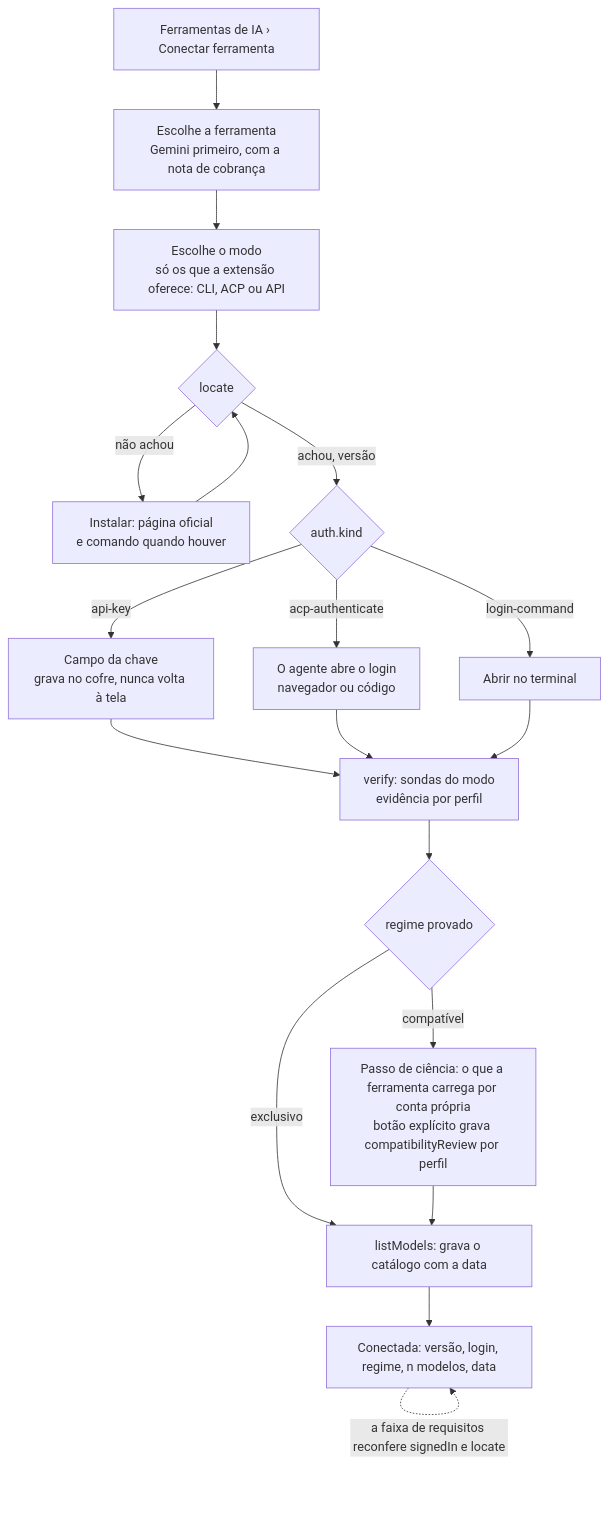
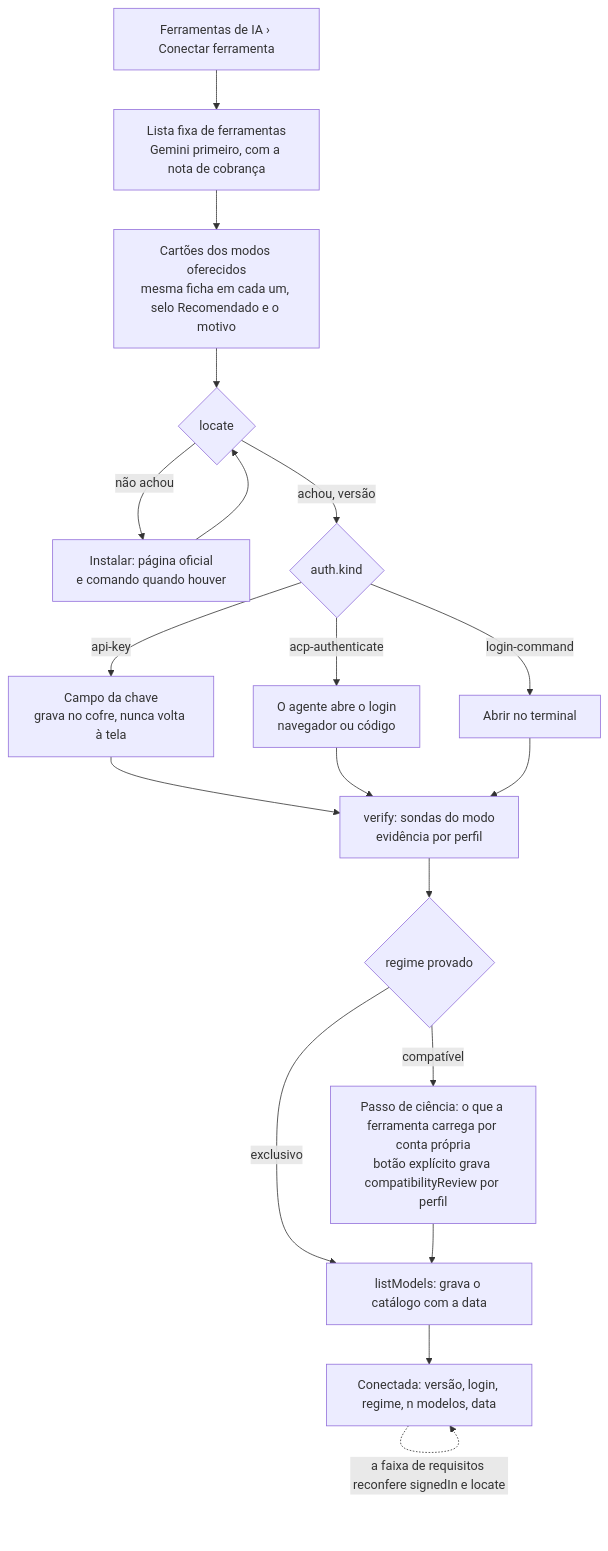
Before and after one commit to euclidesgc/faz-ai: the first of 6 diagrams in docs/decisoes/ferramenta-por-modo-gemini.md, drawn with Mermaid. The commit also changed other lines of this file and 1 other file, not shown here.

First line of the commit message:
Conectar: comparação dos modos e modo recomendado por ferramenta

````diff
--- a/docs/decisoes/ferramenta-por-modo-gemini.md
+++ b/docs/decisoes/ferramenta-por-modo-gemini.md
@@ -169,20 +202,20 @@
 ```mermaid
 flowchart TD
-  A[Ferramentas de IA › Conectar ferramenta] --> B[Escolhe a ferramenta<br/>Gemini primeiro, com a nota de cobrança]
-  B --> C[Escolhe o modo<br/>só os que a extensão oferece: CLI, ACP ou API]
+  A[Ferramentas de IA › Conectar ferramenta] --> B[Lista fixa de ferramentas<br/>Gemini primeiro, com a nota de cobrança]
+  B --> C[Cartões dos modos oferecidos<br/>mesma ficha em cada um, selo Recomendado e o motivo]
   C --> D{locate}
   D -- não achou --> D1[Instalar: página oficial<br/>e comando quando houver] --> D
   D -- achou, versão --> E{auth.kind}
   E -- api-key --> E1[Campo da chave<br/>grava no cofre, nunca volta à tela]
   E -- acp-authenticate --> E2[O agente abre o login<br/>navegador ou código]
   E -- login-command --> E3[Abrir no terminal]
   E1 --> F[verify: sondas do modo<br/>evidência por perfil]
   E2 --> F
   E3 --> F
   F --> G{regime provado}
   G -- compatível --> H[Passo de ciência: o que a ferramenta carrega por conta própria<br/>botão explícito grava compatibilityReview por perfil]
   G -- exclusivo --> I[listModels: grava o catálogo com a data]
   H --> I
   I --> J[Conectada: versão, login, regime, n modelos, data]
   J -. a faixa de requisitos reconfere signedIn e locate .-> J
 ```
````
